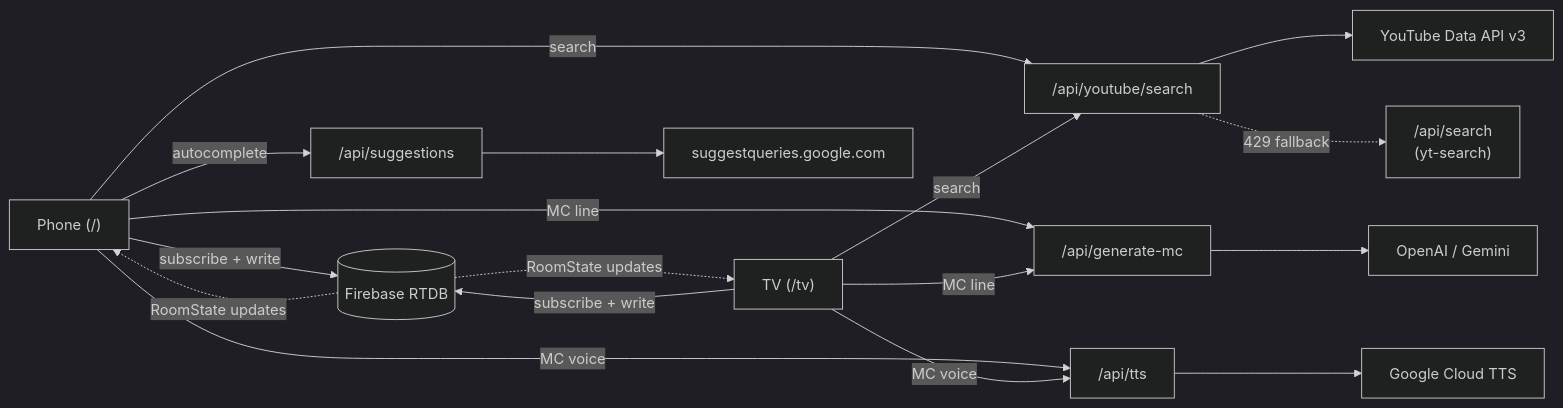
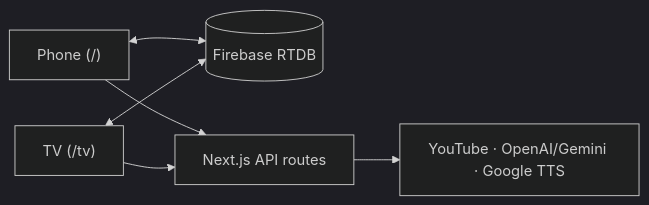
The diagram in README.md (bason-labs/bs-kara), drawn with Mermaid (dark theme) before and after one commit. The commit also changed other lines of this file and 2 other files, not shown here.

````diff
--- a/README.md
+++ b/README.md
@@ -59,23 +31,8 @@
 ```mermaid
 flowchart LR
-  Phone["Phone (/)"] -- subscribe + write --> RTDB[(Firebase RTDB)]
-  TV["TV (/tv)"] -- subscribe + write --> RTDB
-  RTDB -. "RoomState updates" .-> Phone
-  RTDB -. "RoomState updates" .-> TV
-
-  Phone -- search --> BFF["/api/youtube/search"]
-  TV -- search --> BFF
-  BFF --> YT["YouTube Data API v3"]
-  BFF -. "429 fallback" .-> Scraper["/api/search<br/>(yt-search)"]
-
-  Phone -- autocomplete --> Sugg["/api/suggestions"]
-  Sugg --> Google["suggestqueries.google.com"]
-
-  Phone -- MC line --> MCGen["/api/generate-mc"]
-  TV -- MC line --> MCGen
-  MCGen --> LLM["OpenAI / Gemini"]
-
-  Phone -- MC voice --> TTS["/api/tts"]
-  TV -- MC voice --> TTS
-  TTS --> GTTS["Google Cloud TTS"]
+  Phone["Phone (/)"] <--> RTDB[(Firebase RTDB)]
+  TV["TV (/tv)"] <--> RTDB
+  Phone --> API["Next.js API routes"]
+  TV --> API
+  API --> Ext["YouTube · OpenAI/Gemini · Google TTS"]
 ```
````
